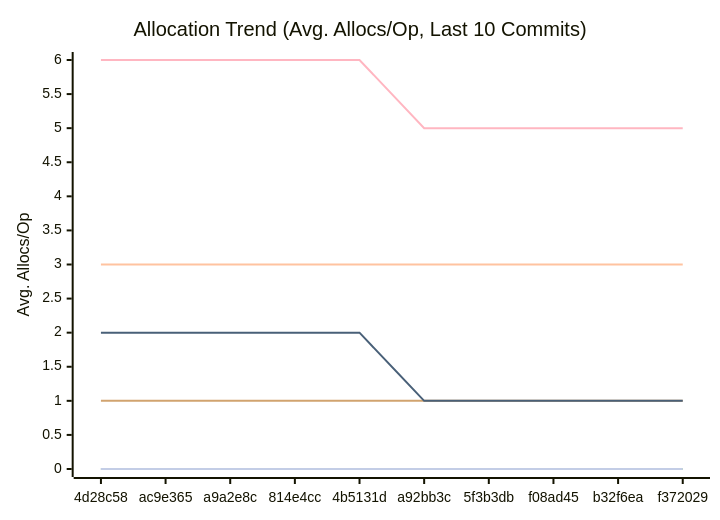
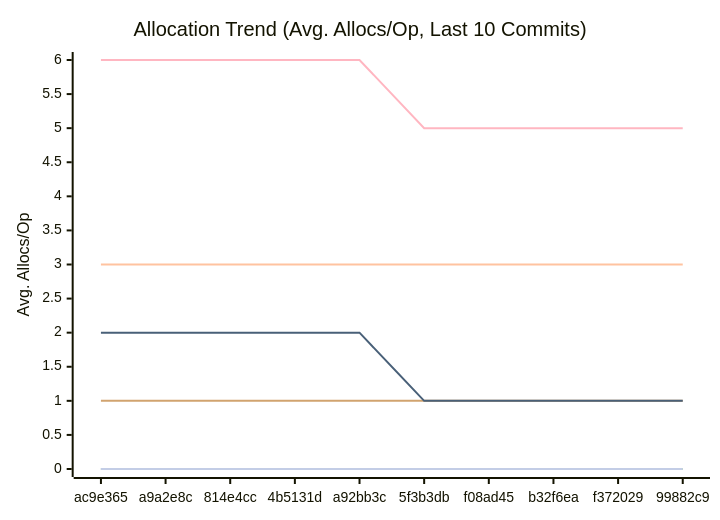
One commit to alsotoes/momo changed the third of 3 diagrams in docs/PERFORMANCE.md. Above: the diagram before and after it, drawn with Mermaid. The commit also changed other lines of this file and 6 other files, not shown here.

````diff
--- a/docs/PERFORMANCE.md
+++ b/docs/PERFORMANCE.md
@@ -114,16 +114,16 @@
 ```mermaid
 xychart-beta
     title "Allocation Trend (Avg. Allocs/Op, Last 10 Commits)"
     x-axis "Commit"
     y-axis "Avg. Allocs/Op"
-    x-axis [4d28c58,ac9e365,a9a2e8c,814e4cc,4b5131d,a92bb3c,5f3b3db,f08ad45,b32f6ea,f372029]
+    x-axis [ac9e365,a9a2e8c,814e4cc,4b5131d,a92bb3c,5f3b3db,f08ad45,b32f6ea,f372029,99882c9]
     line "CheckMetricsAndSwap" [0,0,0,0,0,0,0,0,0,0]
     line "CrushOptimized" [0,0,0,0,0,0,0,0,0,0]
     line "CrushOriginal" [3,3,3,3,3,3,3,3,3,3]
     line "IndexDirectTracking" [0,0,0,0,0,0,0,0,0,0]
     line "IndexSearch" [0,0,0,0,0,0,0,0,0,0]
     line "LoadGlobalConfig" [1,1,1,1,1,1,1,1,1,1]
     line "PadString" [0,0,0,0,0,0,0,0,0,0]
     line "ParseReplicationOrder_NoPrealloc" [6,6,6,6,6,5,5,5,5,5]
     line "ParseReplicationOrder_Prealloc" [2,2,2,2,2,1,1,1,1,1]
 ```
````
